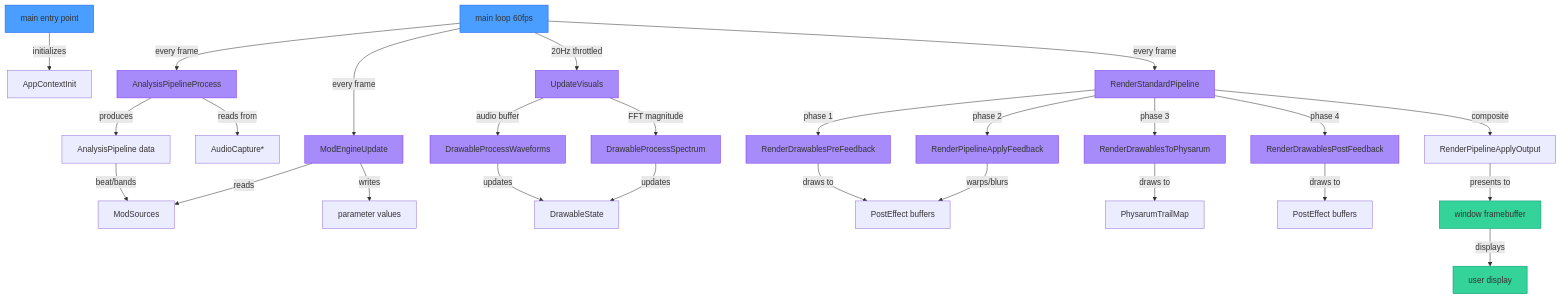
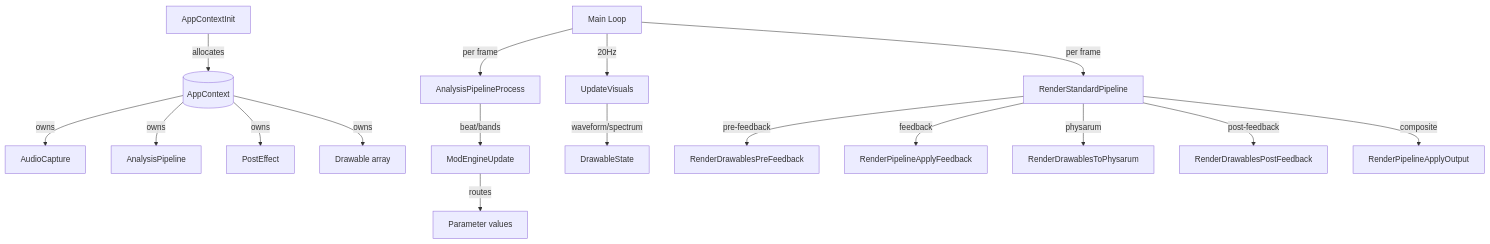
One commit to EvanLavender13/audio-jones changed the diagram in docs/modules/main.md. Above: the diagram before and after it, drawn with Mermaid. The commit also changed other lines of this file and 11 other files, not shown here.

````diff
--- a/docs/modules/main.md
+++ b/docs/modules/main.md
@@ -14,48 +11,22 @@
 ```mermaid
-graph TB
-    %% Entry Points
-    main[main entry point] -->|initializes| init[AppContextInit]
-    loop[main loop 60fps] -->|every frame| audio[AnalysisPipelineProcess]
-    loop -->|every frame| mod[ModEngineUpdate]
-    loop -->|20Hz throttled| visual[UpdateVisuals]
-    loop -->|every frame| render[RenderStandardPipeline]
+graph TD
+    Init[AppContextInit] -->|allocates| Ctx[(AppContext)]
+    Ctx -->|owns| Audio[AudioCapture]
+    Ctx -->|owns| Analysis[AnalysisPipeline]
+    Ctx -->|owns| Post[PostEffect]
+    Ctx -->|owns| Drawables[Drawable array]
 
-    %% Audio/Analysis Flow
-    audio -->|reads from| capture[AudioCapture*]
-    audio -->|produces| analysis[AnalysisPipeline data]
+    Loop[Main Loop] -->|per frame| AudioProc[AnalysisPipelineProcess]
+    AudioProc -->|beat/bands| ModUpdate[ModEngineUpdate]
+    ModUpdate -->|routes| Params[Parameter values]
 
-    %% Modulation Flow
-    analysis -->|beat/bands| sources[ModSources]
-    mod -->|reads| sources
-    mod -->|writes| params[parameter values]
+    Loop -->|20Hz| Visuals[UpdateVisuals]
+    Visuals -->|waveform/spectrum| DrawState[DrawableState]
 
-    %% Visual Update Flow
-    visual -->|audio buffer| waveforms[DrawableProcessWaveforms]
-    visual -->|FFT magnitude| spectrum[DrawableProcessSpectrum]
-    waveforms -->|updates| drawState[DrawableState]
-    spectrum -->|updates| drawState
-
-    %% Render Pipeline Flow
-    render -->|phase 1| pre[RenderDrawablesPreFeedback]
-    pre -->|draws to| fb1[PostEffect buffers]
-    render -->|phase 2| feedback[RenderPipelineApplyFeedback]
-    feedback -->|warps/blurs| fb1
-    render -->|phase 3| phys[RenderDrawablesToPhysarum]
-    phys -->|draws to| trail[PhysarumTrailMap]
-    render -->|phase 4| post[RenderDrawablesPostFeedback]
-    post -->|draws to| fb2[PostEffect buffers]
-    render -->|composite| out[RenderPipelineApplyOutput]
-    out -->|presents to| screen[window framebuffer]
-
-    %% Exit Points
-    screen -->|displays| display[user display]
-
-    %% Legend
-    classDef entry fill:#4a9eff,stroke:#2563eb
-    classDef transform fill:#a78bfa,stroke:#7c3aed
-    classDef exit fill:#34d399,stroke:#059669
-
-    class main,loop entry
-    class audio,mod,visual,render,pre,feedback,phys,post,waveforms,spectrum transform
-    class screen,display exit
+    Loop -->|per frame| Render[RenderStandardPipeline]
+    Render -->|pre-feedback| PreDraw[RenderDrawablesPreFeedback]
+    Render -->|feedback| Feedback[RenderPipelineApplyFeedback]
+    Render -->|physarum| PhysarumDraw[RenderDrawablesToPhysarum]
+    Render -->|post-feedback| PostDraw[RenderDrawablesPostFeedback]
+    Render -->|composite| Output[RenderPipelineApplyOutput]
 ```
````
